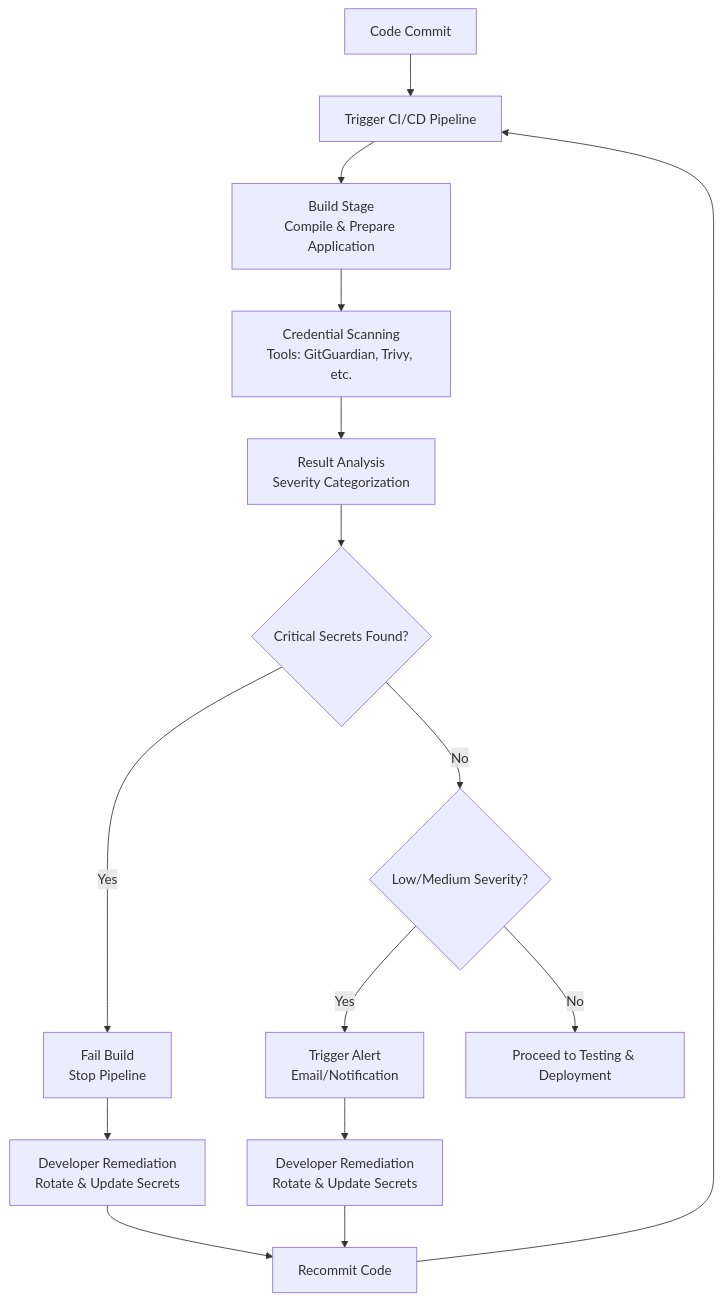
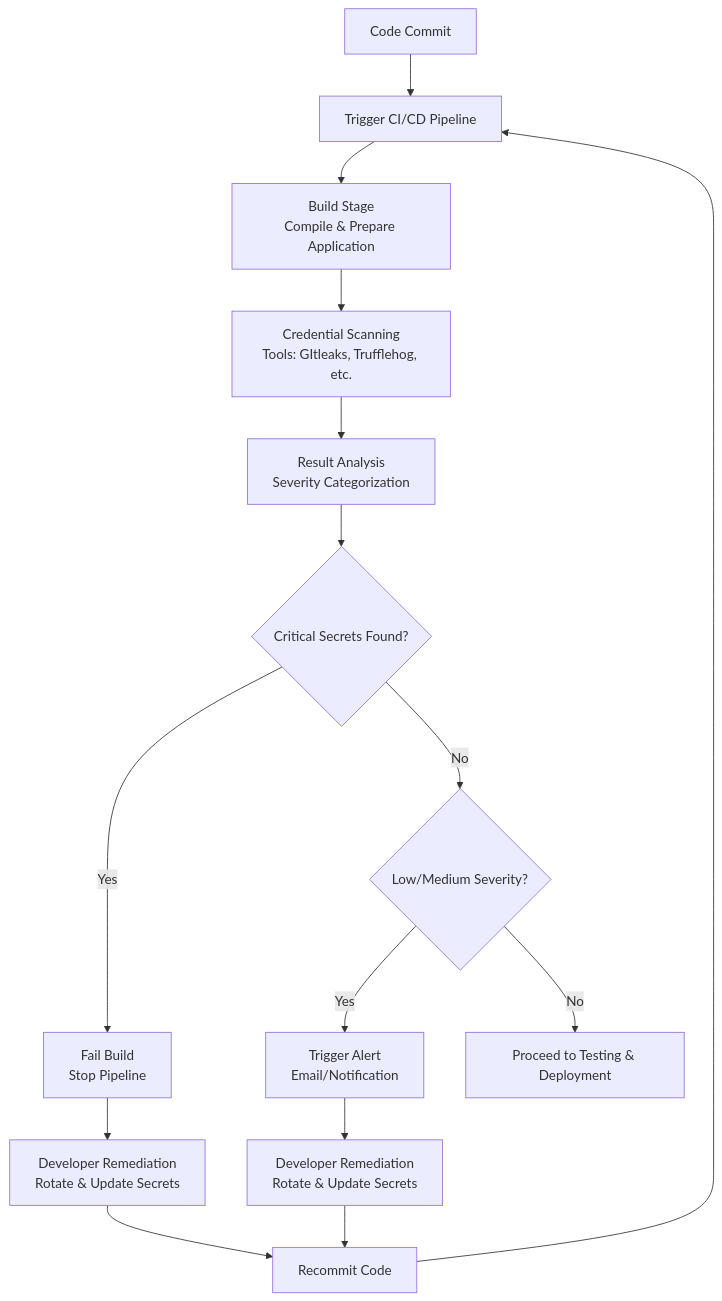
One commit to Ishaan-Dev5/sanatak changed the diagram in sprint-2/CredScanning.md. Above: the diagram before and after it, drawn with Mermaid.

````diff
--- a/sprint-2/CredScanning.md
+++ b/sprint-2/CredScanning.md
@@ -63,23 +63,23 @@
 ```mermaid
 flowchart TD
     A[Code Commit] --> B[Trigger CI/CD Pipeline]
     B --> C[Build Stage<br>Compile & Prepare Application]
-    C --> D[Credential Scanning<br>Tools: GitGuardian, Trivy, etc.]
+    C --> D[Credential Scanning<br>Tools: GItleaks, Trufflehog, etc.]
     D --> E[Result Analysis<br>Severity Categorization]
     
     E --> F1{Critical Secrets Found?}
     
     F1 -->|Yes| G1[Fail Build<br>Stop Pipeline]
     F1 -->|No| F2{Low/Medium Severity?}
     
     F2 -->|Yes| G2[Trigger Alert<br>Email/Notification]
     G2 --> H[Developer Remediation<br>Rotate & Update Secrets]
     H --> I[Recommit Code]
     I --> B
     
     F2 -->|No| J[Proceed to Testing & Deployment]
 
     G1 --> K[Developer Remediation<br>Rotate & Update Secrets]
     K --> I
 
 ```
````
